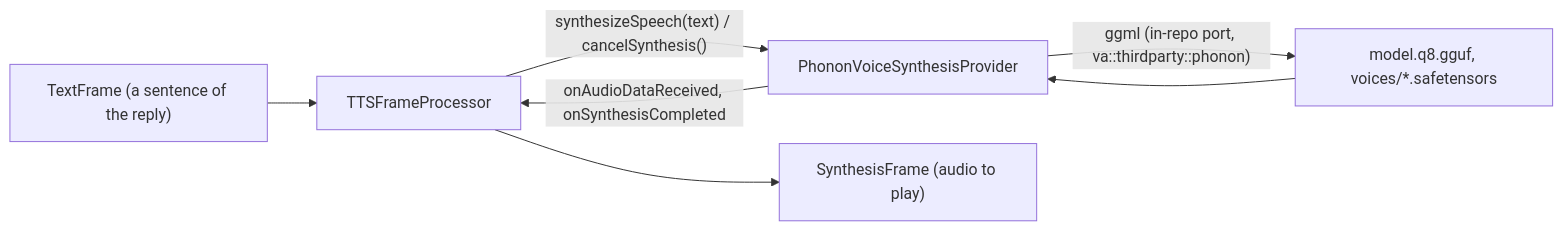
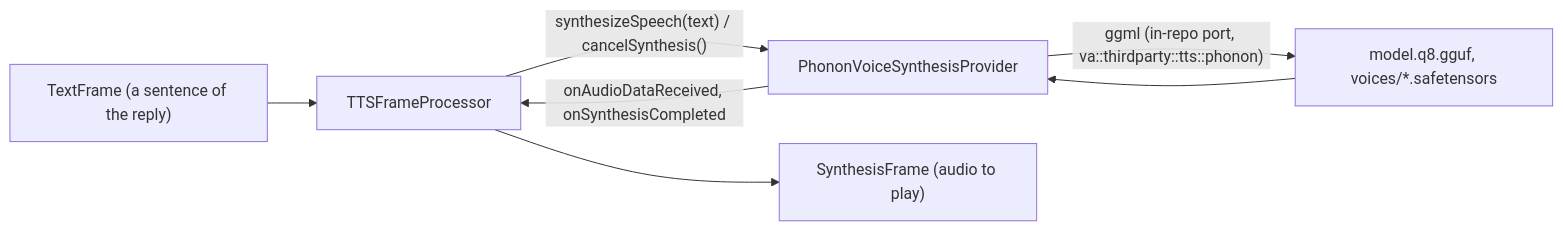
The diagram in docs/providers/phonon.md (fatehmtd/VASDK), drawn with Mermaid before and after one commit. The commit also changed other lines of this file and 185 other files, not shown here.

````diff
--- a/docs/providers/phonon.md
+++ b/docs/providers/phonon.md
@@ -77,9 +77,9 @@
 ```mermaid
 flowchart LR
     In["TextFrame (a sentence of the reply)"] --> Processor["TTSFrameProcessor"]
     Processor -->|"synthesizeSpeech(text) / cancelSynthesis()"| Provider["PhononVoiceSynthesisProvider"]
-    Provider -->|"ggml (in-repo port, va::thirdparty::phonon)"| Engine["model.q8.gguf, voices/*.safetensors"]
+    Provider -->|"ggml (in-repo port, va::thirdparty::tts::phonon)"| Engine["model.q8.gguf, voices/*.safetensors"]
     Engine --> Provider
     Provider -->|"onAudioDataReceived, onSynthesisCompleted"| Processor
     Processor --> Out["SynthesisFrame (audio to play)"]
 ```
````
